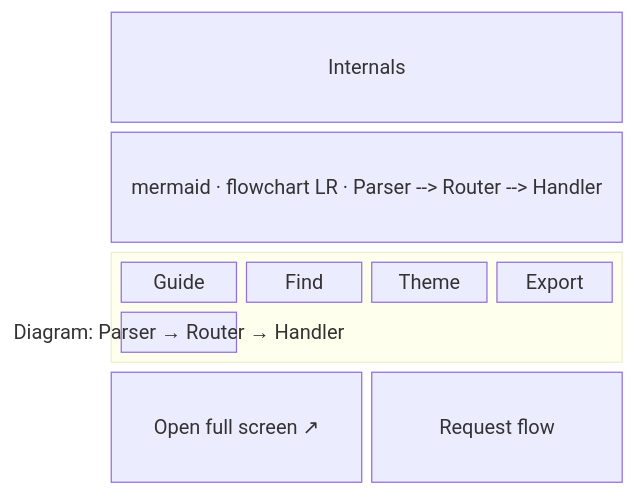
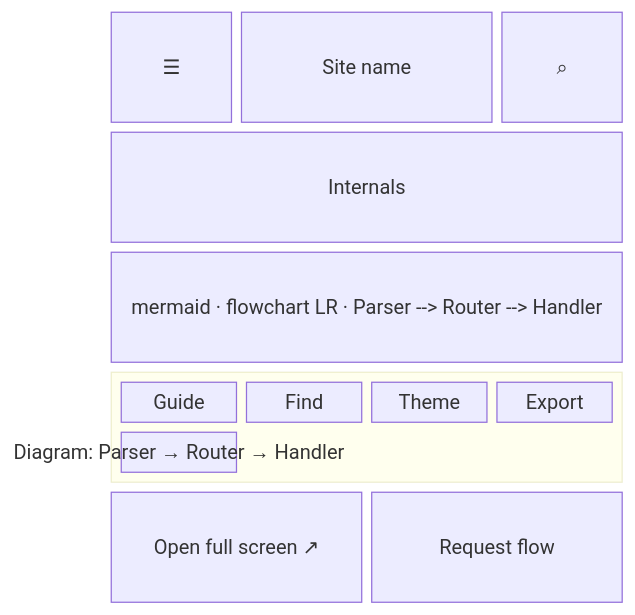
Before and after one commit to nepal-dev-com/docs.nepal-dev.com: the second of 4 diagrams in content/docs/maintain/app-flow/html-embeds.mdx, drawn with Mermaid. The commit also changed other lines of this file and 35 other files, not shown here.

````diff
--- a/content/docs/maintain/app-flow/html-embeds.mdx
+++ b/content/docs/maintain/app-flow/html-embeds.mdx
@@ -92,12 +54,13 @@
 ```mermaid
 block-beta
   columns 4
+  menu["☰"] title["Site name"]:2 search["⌕"]
   h1["Internals"]:4
   code["mermaid · flowchart LR · Parser --> Router --> Handler"]:4
   block:frame:4
     columns 4
     c1["Guide"] c2["Find"] c3["Theme"] c4["Export"]
     canvas["Diagram: Parser → Router → Handler"]:4
   end
   full["Open full screen ↗"]:2 caption["Request flow"]:2
 ```
````
